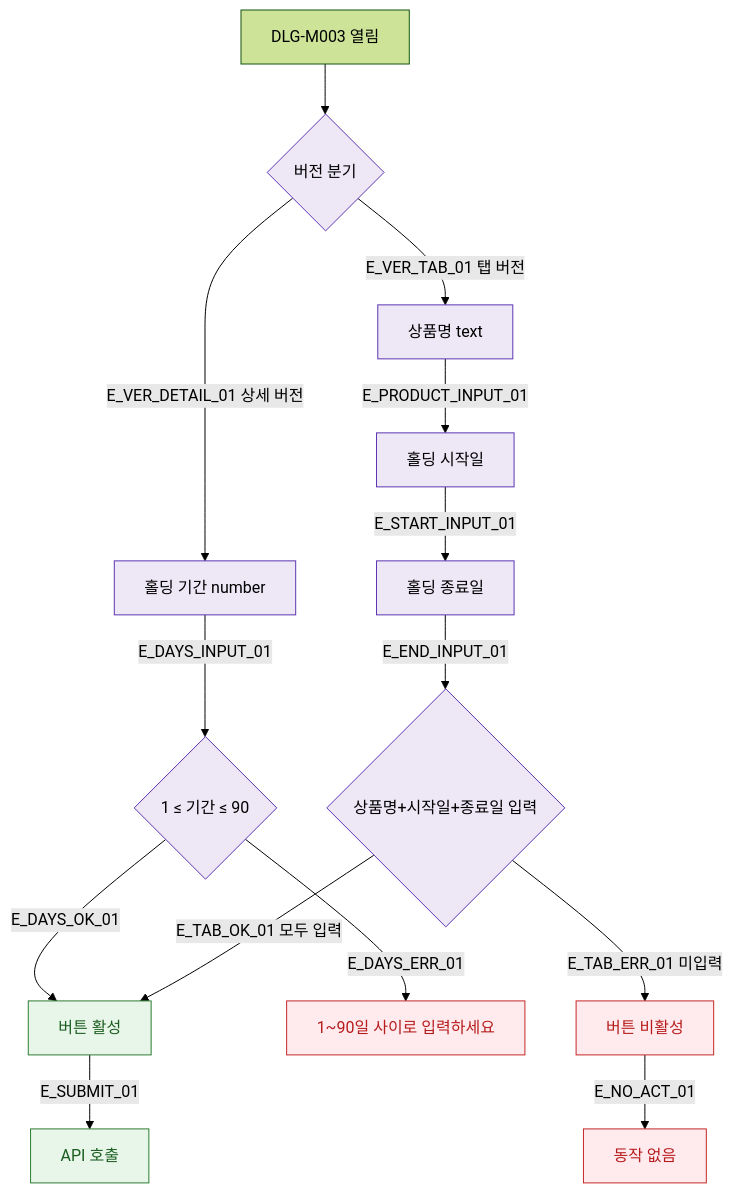
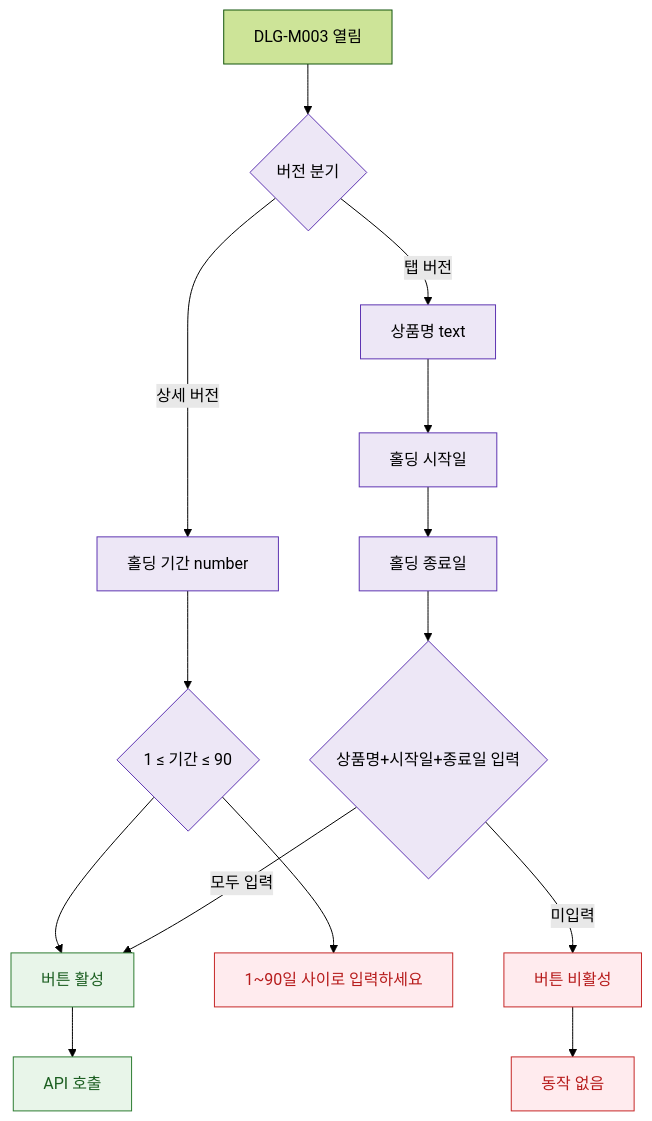
The diagram in docs/다이어그램/D02_회원관리/DLG/DLG-M003_홀딩등록/M2_필드검증.md (dev-spogym/admin-pando), drawn with Mermaid (forest theme) before and after one commit. The commit also changed other lines of this file and 1660 other files, not shown here.

First line of the commit message:
다이어그램: 기획자/클라이언트 납품본으로 정리

````diff
--- a/docs/다이어그램/D02_회원관리/DLG/DLG-M003_홀딩등록/M2_필드검증.md
+++ b/docs/다이어그램/D02_회원관리/DLG/DLG-M003_홀딩등록/M2_필드검증.md
@@ -22,29 +20,29 @@
 ```mermaid
 flowchart TD
   DLG[DLG-M003 열림]
 
   DLG --> VER{버전 분기}
-  VER -->|E_VER_DETAIL_01 상세 버전| FLD_DAYS[홀딩 기간 number]
-  VER -->|E_VER_TAB_01 탭 버전| FLD_PRODUCT[상품명 text]
+  VER -->|상세 버전|FLD_DAYS[홀딩 기간 number]
+  VER -->|탭 버전|FLD_PRODUCT[상품명 text]
 
-  FLD_DAYS -->|E_DAYS_INPUT_01| CHECK_DAYS{1 ≤ 기간 ≤ 90}
-  CHECK_DAYS -->|E_DAYS_OK_01| BTN_OK[버튼 활성]
-  CHECK_DAYS -->|E_DAYS_ERR_01| ERR_DAYS[1~90일 사이로 입력하세요]
+  FLD_DAYS --> CHECK_DAYS{1 ≤ 기간 ≤ 90}
+  CHECK_DAYS --> BTN_OK[버튼 활성]
+  CHECK_DAYS --> ERR_DAYS[1~90일 사이로 입력하세요]
 
-  FLD_PRODUCT -->|E_PRODUCT_INPUT_01| FLD_START[홀딩 시작일]
-  FLD_START   -->|E_START_INPUT_01| FLD_END[홀딩 종료일]
-  FLD_END     -->|E_END_INPUT_01| CHECK_TAB{상품명+시작일+종료일 입력}
-  CHECK_TAB   -->|E_TAB_OK_01 모두 입력| BTN_OK
-  CHECK_TAB   -->|E_TAB_ERR_01 미입력| BTN_DISABLED[버튼 비활성]
+  FLD_PRODUCT --> FLD_START[홀딩 시작일]
+  FLD_START --> FLD_END[홀딩 종료일]
+  FLD_END --> CHECK_TAB{상품명+시작일+종료일 입력}
+  CHECK_TAB -->|모두 입력|BTN_OK
+  CHECK_TAB -->|미입력|BTN_DISABLED[버튼 비활성]
 
-  BTN_OK       -->|E_SUBMIT_01| SUBMIT[API 호출]
-  BTN_DISABLED -->|E_NO_ACT_01| NO_ACTION[동작 없음]
+  BTN_OK --> SUBMIT[API 호출]
+  BTN_DISABLED --> NO_ACTION[동작 없음]
 
-  classDef system  fill:#EDE7F6,stroke:#5E35B2
+  classDef system fill:#EDE7F6,stroke:#5E35B2
   classDef success fill:#E8F5E9,stroke:#2E7D32,color:#1B5E20
-  classDef error   fill:#FFEBEE,stroke:#C62828,color:#B71C1C
+  classDef error fill:#FFEBEE,stroke:#C62828,color:#B71C1C
 
   class VER,FLD_DAYS,FLD_PRODUCT,FLD_START,FLD_END,CHECK_DAYS,CHECK_TAB system
   class BTN_OK,SUBMIT success
   class ERR_DAYS,BTN_DISABLED,NO_ACTION error
 ```
````
